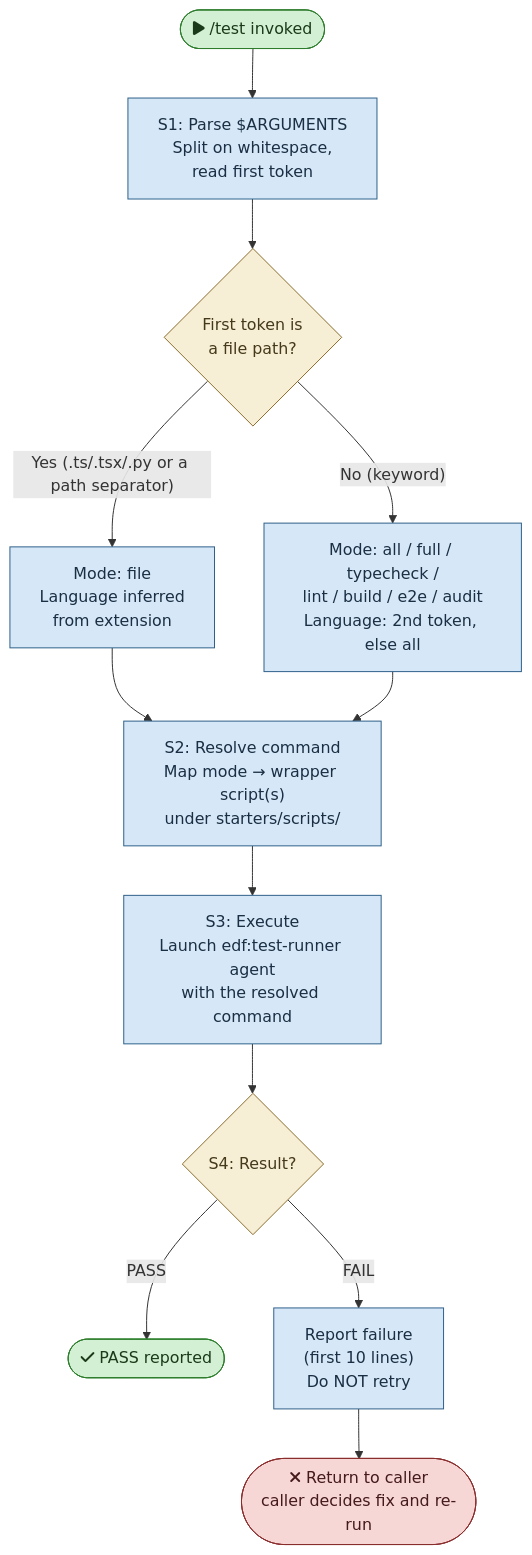
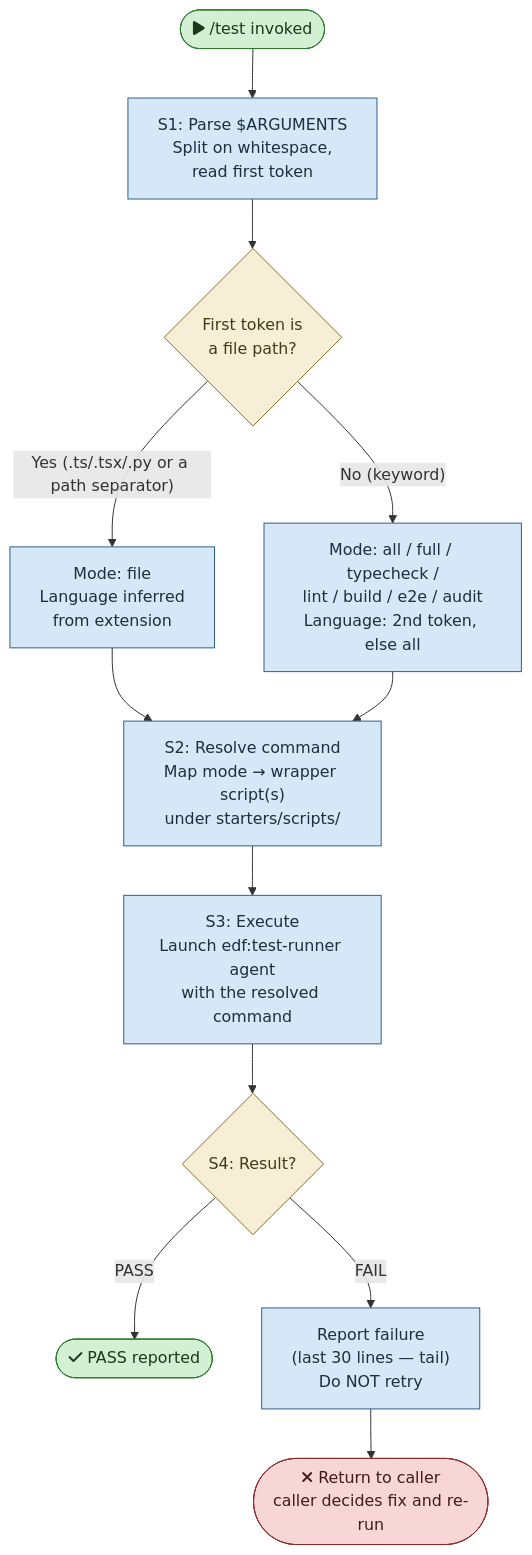
Before and after one commit to mironyx/engineering-delivery-framework: the diagram in plugins/edf/skills/test/flowchart.md, drawn with Mermaid. The commit also changed 21 other files, not shown here.

````diff
--- a/plugins/edf/skills/test/flowchart.md
+++ b/plugins/edf/skills/test/flowchart.md
@@ -5,34 +5,34 @@
 ```mermaid
 flowchart TD
     START(["fa:fa-play /test invoked"]) --> S1
 
     S1["S1: Parse $ARGUMENTS<br/>Split on whitespace,<br/>read first token"] --> S1_CHK{"First token is<br/>a file path?"}
 
     S1_CHK -->|"Yes (.ts/.tsx/.py or a path separator)"| S1_FILE["Mode: file<br/>Language inferred<br/>from extension"]
     S1_CHK -->|"No (keyword)"| S1_KW["Mode: all / full / typecheck /<br/>lint / build / e2e / audit<br/>Language: 2nd token, else all"]
 
     S1_FILE --> S2
     S1_KW --> S2
 
     S2["S2: Resolve command<br/>Map mode → wrapper script(s)<br/>under starters/scripts/"] --> S3
 
     S3["S3: Execute<br/>Launch edf:test-runner agent<br/>with the resolved command"] --> S4
 
     S4{"S4: Result?"}
     S4 -->|"PASS"| DONE
-    S4 -->|"FAIL"| FAIL["Report failure<br/>(first 10 lines)<br/>Do NOT retry"]
+    S4 -->|"FAIL"| FAIL["Report failure<br/>(last 30 lines — tail)<br/>Do NOT retry"]
 
     FAIL --> RETURN(["fa:fa-times Return to caller<br/>caller decides fix and re-run"])
     DONE(["fa:fa-check PASS reported"])
 
     %% ── Styles ──
     classDef startend fill:#d4f0d4,stroke:#2d7d2d,color:#1a3a1a
     classDef process fill:#d6e8f7,stroke:#2d5f8a,color:#1a2f44
     classDef decision fill:#f7eed6,stroke:#8a6d2d,color:#443a1a
     classDef failend fill:#f7d6d6,stroke:#8a2d2d,color:#441a1a
 
     class START,DONE startend
     class RETURN failend
     class S1,S1_FILE,S1_KW,S2,S3,FAIL process
     class S1_CHK,S4 decision
 ```
````
